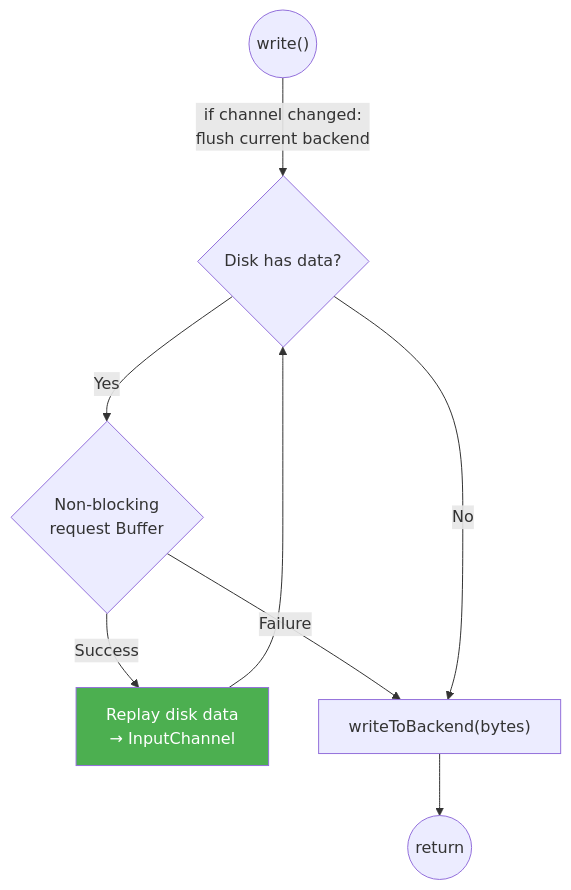
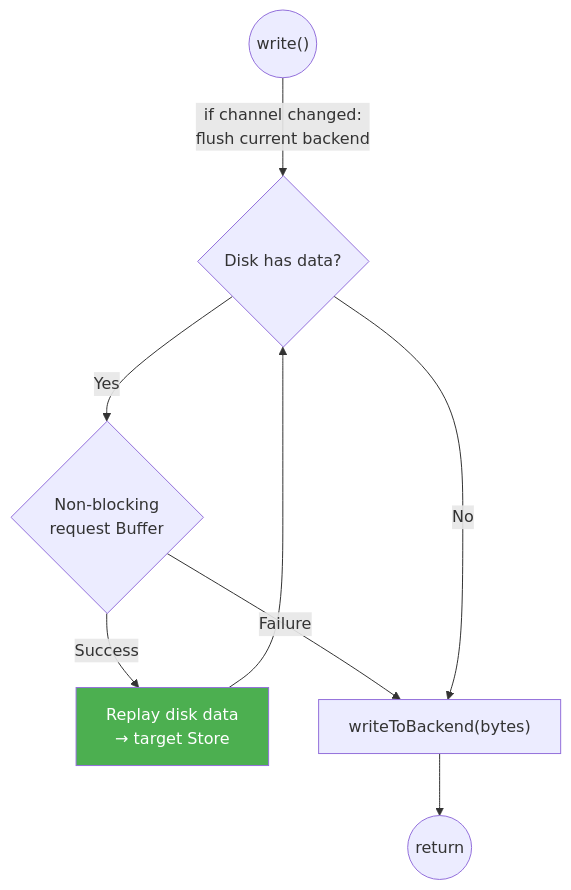
The fourth of 6 diagrams in requirements/38544/data_flow.md (1996fanrui/flink), drawn with Mermaid before and after one commit. The commit also changed other lines of this file and 5 other files, not shown here.

First line of the commit message:
[FLINK-38544] Detail RecoveredBufferStore impact on existing InputChannel code

````diff
--- a/requirements/38544/data_flow.md
+++ b/requirements/38544/data_flow.md
@@ -104,14 +138,14 @@
 ```mermaid
 flowchart TD
     W(("write()")) -->|"if channel changed:<br/>flush current backend"| P3
 
     P3{"Disk has data?"}
     P3 -- Yes --> ReqP3{"Non-blocking<br/>request Buffer"}
-    ReqP3 -- Success --> Replay["Replay disk data<br/>→ InputChannel"]
+    ReqP3 -- Success --> Replay["Replay disk data<br/>→ target Store"]
     Replay --> P3
     ReqP3 -- Failure --> WTB
     P3 -- No --> WTB["writeToBackend(bytes)"]
     WTB --> Done(("return"))
 
     style Replay fill:#4CAF50,color:#fff
 ```
````
